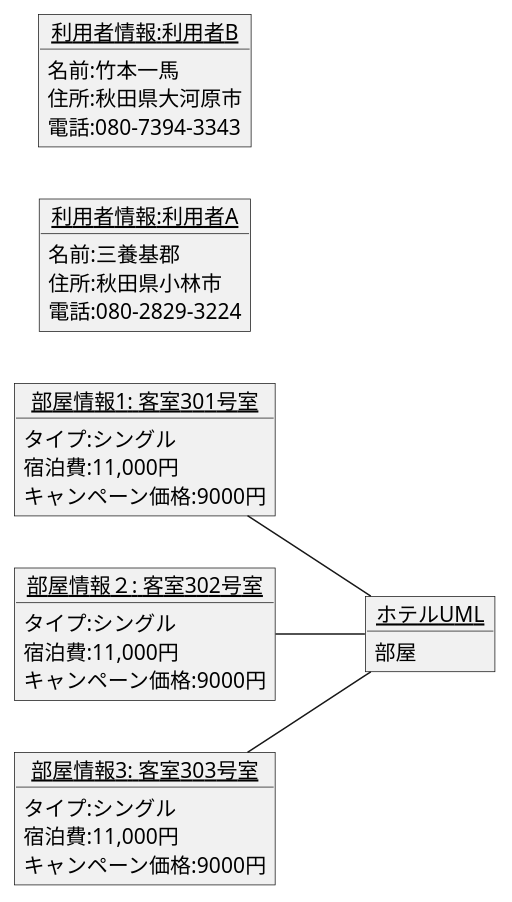
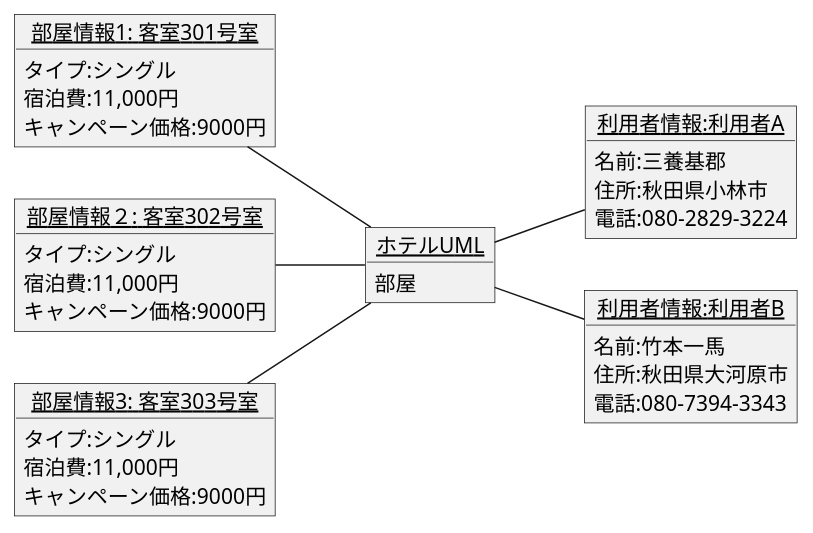
One commit to allface017/uml-introduction changed the diagram in 演習3-5_OBJ_ホテル宿泊予約.pu. Above: the diagram before and after it, drawn with PlantUML.

Commit message:
修正

```diff
--- a/演習3-5_OBJ_ホテル宿泊予約.pu
+++ b/演習3-5_OBJ_ホテル宿泊予約.pu
@@ -1,37 +1,39 @@
 @startuml ホテルオブジェクト図
+
+
 left to right direction
 
 object "<u>ホテルUML</u>" as Hote {
 部屋
 }
 object "<u>利用者情報:利用者A</u>" as C1 {
 名前:三養基郡
 住所:秋田県小林市
 電話:080-2829-3224
 }
 object "<u>利用者情報:利用者B</u>" as C2 {
 名前:竹本一馬
 住所:秋田県大河原市
 電話:080-7394-3343
 }
 object "<u>部屋情報1: 客室301号室</u>" as H1 {
 タイプ:シングル
 宿泊費:11,000円
 キャンペーン価格:9000円
 }
 object "<u>部屋情報２: 客室302号室</u>" as H2 {
 タイプ:シングル
 宿泊費:11,000円
 キャンペーン価格:9000円
 }
 object "<u>部屋情報3: 客室303号室</u>" as H3 {
 タイプ:シングル
 宿泊費:11,000円
 キャンペーン価格:9000円
 }
 H1 -- Hote
 H2 -- Hote
 H3 -- Hote
-' Hote -- C1
-' Hote -- C2
+Hote -- C1
+Hote -- C2
 @enduml
```
